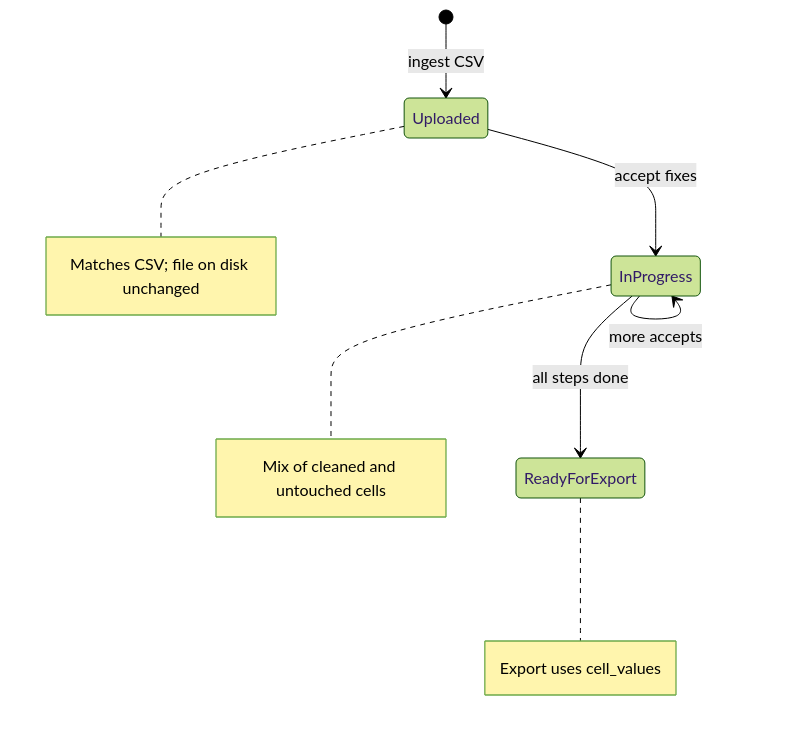
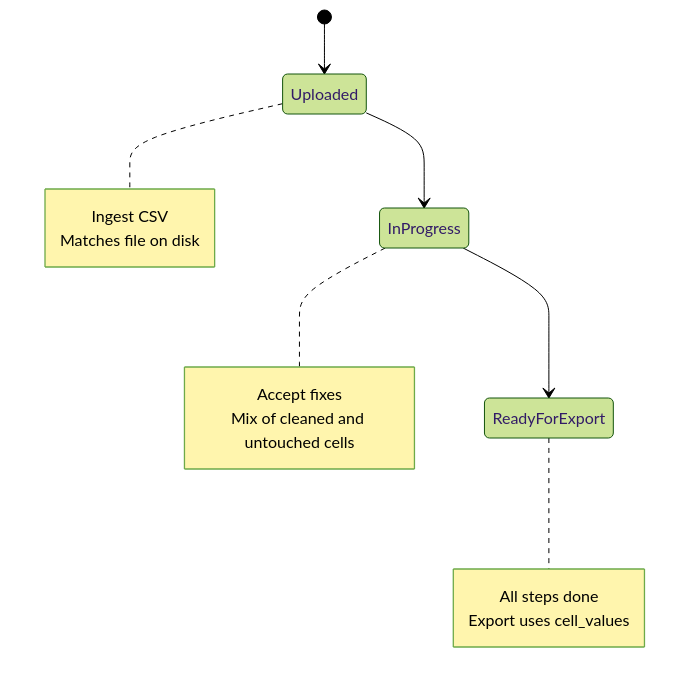
One commit to EmmS21/keyestakehome changed the third of 6 diagrams in docs/database-schema.md. Above: the diagram before and after it, drawn with Mermaid (forest theme). The commit also changed other lines of this file, not shown here.

First line of the commit message:
fix(docs): make Mermaid diagrams compatible with GitHub renderer.

````diff
--- a/docs/database-schema.md
+++ b/docs/database-schema.md
@@ -91,19 +93,21 @@
 ```mermaid
 stateDiagram-v2
-  [*] --> Uploaded: ingest CSV
-  Uploaded --> InProgress: accept fixes
-  InProgress --> InProgress: more accepts
-  InProgress --> ReadyForExport: all steps done
+  [*] --> Uploaded
+  Uploaded --> InProgress
+  InProgress --> ReadyForExport
 
   note right of Uploaded
-    Matches CSV; file on disk unchanged
+    Ingest CSV
+    Matches file on disk
   end note
 
   note right of InProgress
+    Accept fixes
     Mix of cleaned and untouched cells
   end note
 
   note right of ReadyForExport
+    All steps done
     Export uses cell_values
   end note
 ```
````
